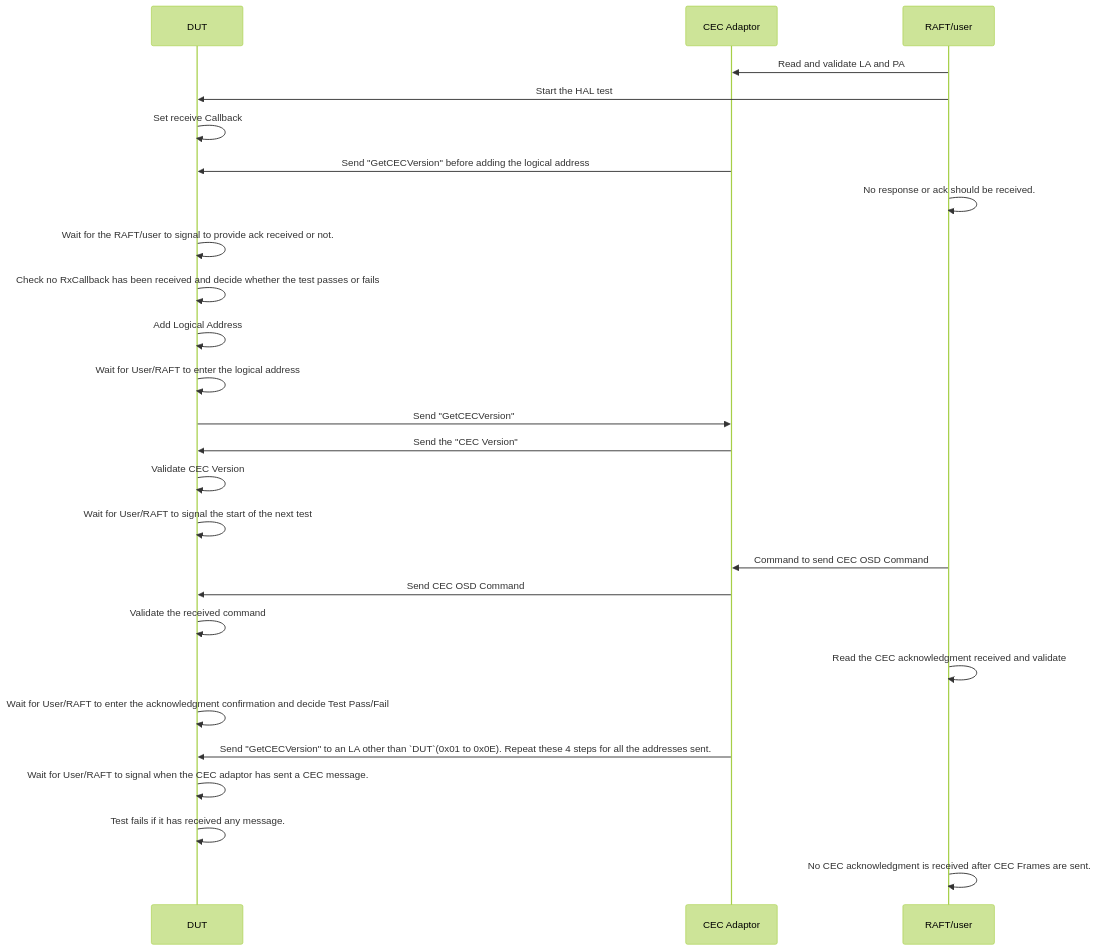
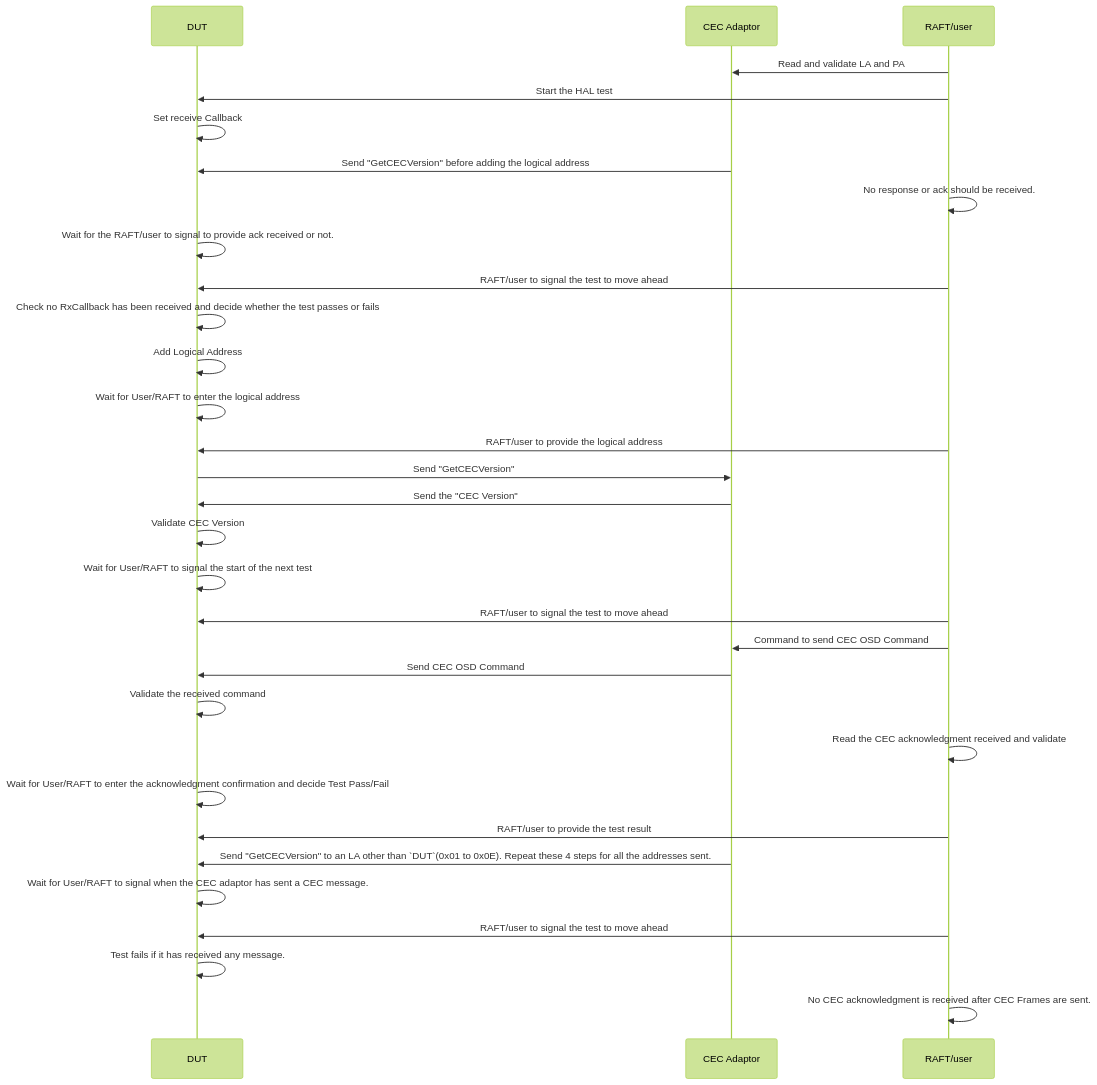
The second of 4 diagrams in docs/pages/hdmi-cec-sink-L3-Low-Level_TestSpec.md (rdkcentral/rdk-halif-test-hdmi_cec), drawn with Mermaid (forest theme) before and after one commit. The commit also changed other lines of this file, not shown here.

Commit message:
gh #44 Update hdmi-cec-sink-L3-Low-Level_TestSpec.md
enhancement to the sequence diagram

````diff
--- a/docs/pages/hdmi-cec-sink-L3-Low-Level_TestSpec.md
+++ b/docs/pages/hdmi-cec-sink-L3-Low-Level_TestSpec.md
@@ -124,28 +124,33 @@
 ```mermaid
 sequenceDiagram
     participant DUT
     participant CEC Adaptor
     participant RAFT/user
     RAFT/user->>CEC Adaptor: Read and validate LA and PA 
     RAFT/user->>DUT: Start the HAL test
     DUT->>DUT: Set receive Callback
     CEC Adaptor->>DUT: Send "GetCECVersion" before adding the logical address
     RAFT/user->>RAFT/user: No response or ack should be received.
     DUT->>DUT: Wait for the RAFT/user to signal to provide ack received or not.
+    RAFT/user->>DUT: RAFT/user to signal the test to move ahead
     DUT->>DUT: Check no RxCallback has been received and decide whether the test passes or fails
     DUT->>DUT: Add Logical Address
     DUT->>DUT: Wait for User/RAFT to enter the logical address
+    RAFT/user->>DUT: RAFT/user to provide the logical address 
     DUT->>CEC Adaptor: Send "GetCECVersion"
     CEC Adaptor->>DUT: Send the "CEC Version"
     DUT->>DUT: Validate CEC Version
     DUT->>DUT: Wait for User/RAFT to signal the start of the next test
+    RAFT/user->>DUT: RAFT/user to signal the test to move ahead
     RAFT/user->>CEC Adaptor: Command to send CEC OSD Command
     CEC Adaptor->>DUT: Send CEC OSD Command
     DUT->>DUT: Validate the received command
     RAFT/user->>RAFT/user: Read the CEC acknowledgment received and validate
     DUT->>DUT: Wait for User/RAFT to enter the acknowledgment confirmation and decide Test Pass/Fail
+    RAFT/user->>DUT: RAFT/user to provide the test result
     CEC Adaptor->>DUT: Send "GetCECVersion" to an LA other than `DUT`(0x01 to 0x0E). Repeat these 4 steps for all the addresses sent.
     DUT->>DUT: Wait for User/RAFT to signal when the CEC adaptor has sent a CEC message.
+    RAFT/user->>DUT: RAFT/user to signal the test to move ahead
     DUT->>DUT: Test fails if it has received any message.
     RAFT/user->>RAFT/user: No CEC acknowledgment is received after CEC Frames are sent.   
 ```
````
